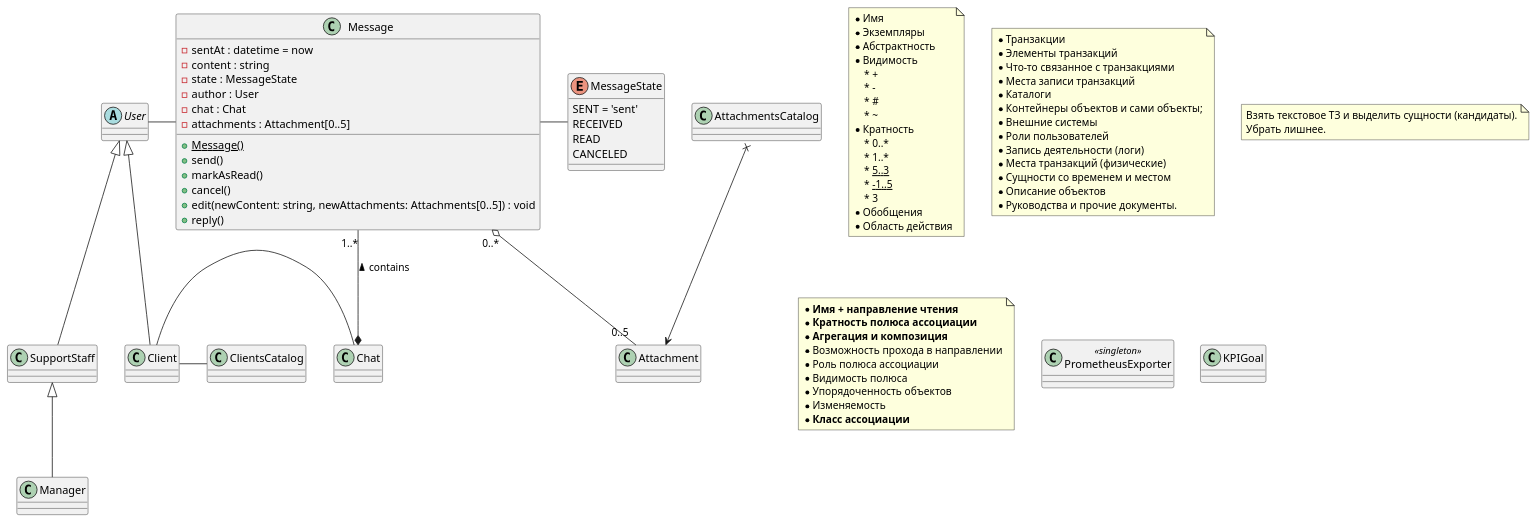
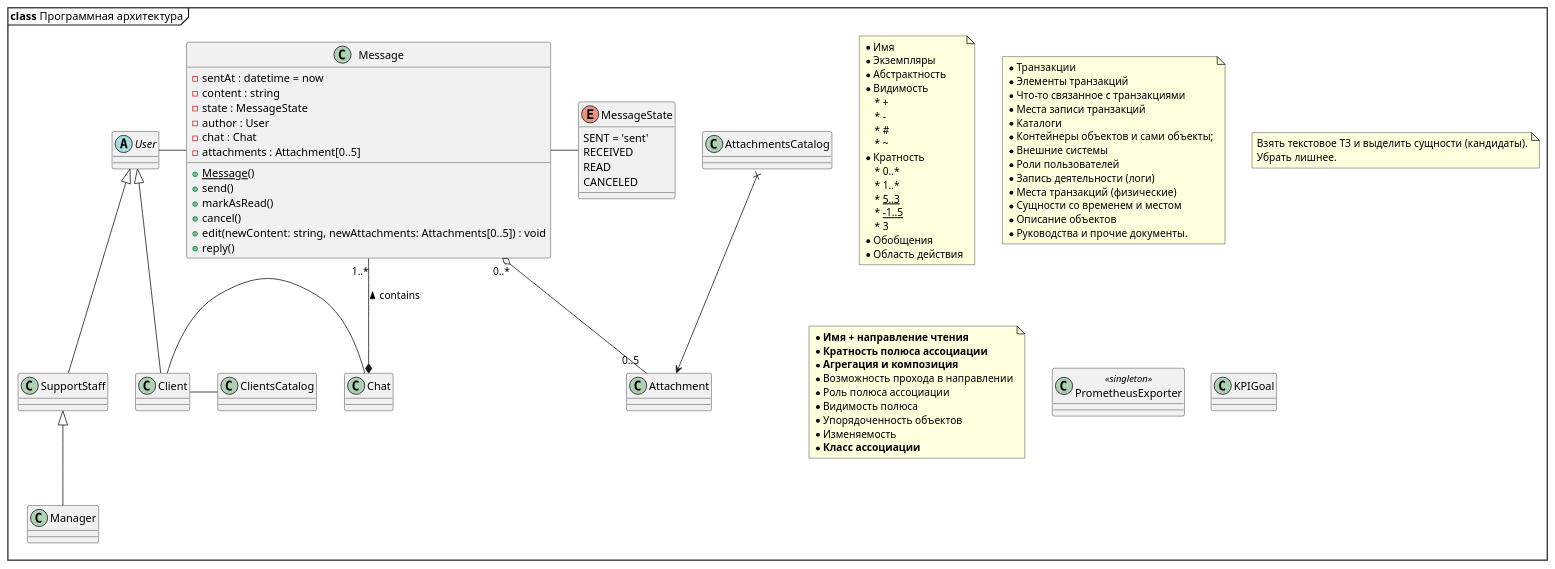
Before and after one commit to is-uml-y25/lectures: the diagram in lecture-04/classes.puml, drawn with PlantUML.

Commit message:
fix: add main frame for class diagram

```diff
--- a/lecture-04/classes.puml
+++ b/lecture-04/classes.puml
@@ -1,106 +1,109 @@
 @startuml Class diagram
+
+mainframe **class** Программная архитектура
+
 note as Props
     * Имя
     * Экземпляры
     * Абстрактность
     * Видимость
         * +
         * -
         * #
         * ~
     * Кратность
         * 0..*
         * 1..*
         * ~~5..3~~
         * ~~-1..5~~
         * 3
     * Обобщения
     * Область действия
 endnote
 
 note as N2
 * Транзакции
 * Элементы транзакций
 * Что-то связанное с транзакциями
 * Места записи транзакций
 * Каталоги
 * Контейнеры объектов и сами объекты;
 * Внешние системы
 * Роли пользователей
 * Запись деятельности (логи)
 * Места транзакций (физические)
 * Сущности со временем и местом
 * Описание объектов
 * Руководства и прочие документы.
 endnote
 
 note as N3 
 Взять текстовое ТЗ и выделить сущности (кандидаты).
 Убрать лишнее.
 endnote
 
 note as N4
 * **Имя + направление чтения**
 * **Кратность полюса ассоциации**
 * **Агрегация и композиция**
 * Возможность прохода в направлении
 * Роль полюса ассоциации
 * Видимость полюса
 * Упорядоченность объектов
 * Изменяемость
 * **Класс ассоциации**
 endnote
 
 class Message {
     -sentAt : datetime = now
     -content : string
     -state : MessageState
     -author : User
     -chat : Chat
     -attachments : Attachment[0..5]
     {static} +Message()
     +send()
     +markAsRead()
     +cancel()
     +edit(newContent: string, newAttachments: Attachments[0..5]) : void
     +reply()
 }
 
 enum MessageState {
     SENT = 'sent'
     RECEIVED
     READ
     CANCELED
 }
 
 class Attachment {}
 
 class ClientsCatalog {}
 class AttachmentsCatalog {}
 
 class Chat {}
 
 class PrometheusExporter <<singleton>> {}
 
 abstract class User {}
 class Client {}
 class SupportStaff {}
 class Manager {}
 
 class KPIGoal {}
 
 User <|-- Client
 User <|-- SupportStaff
 SupportStaff <|-- Manager
 
 Message "1..*" --* Chat : < contains
 Message "0..*" o-- "0..5" Attachment
 Message - MessageState
 
 AttachmentsCatalog x--> Attachment
 
 User - Message
 Client - Chat
 Client - ClientsCatalog
 
 @enduml
```
